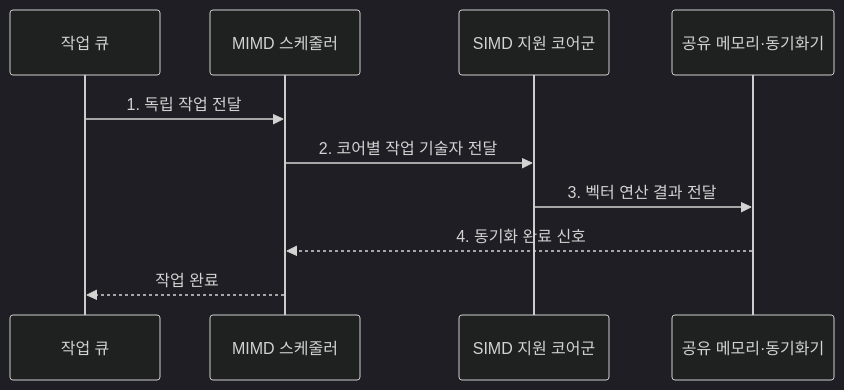
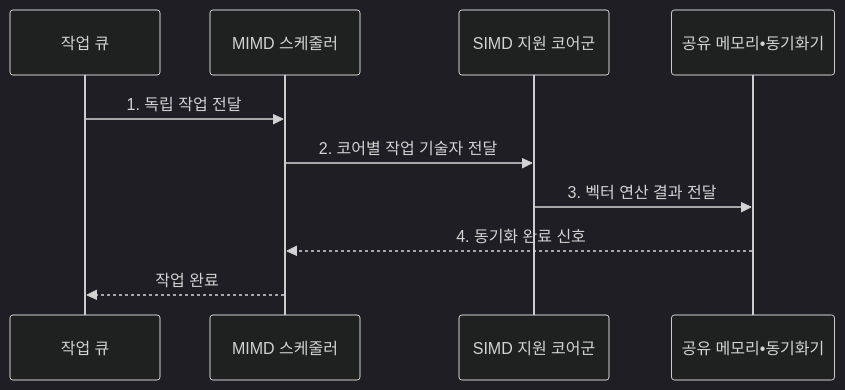
The second of 2 diagrams in src/content/docs/notes/02-hardware/053_simd_mimd.md (agnusdei1207/knowledge-base), drawn with Mermaid (dark theme) before and after one commit. The commit also changed other lines of this file and 953 other files, not shown here.

````diff
--- a/src/content/docs/notes/02-hardware/053_simd_mimd.md
+++ b/src/content/docs/notes/02-hardware/053_simd_mimd.md
@@ -102,13 +102,13 @@
 ```mermaid
 sequenceDiagram
     participant Q as 작업 큐
     participant S as MIMD 스케줄러
     participant L as SIMD 지원 코어군
-    participant B as 공유 메모리·동기화기
+    participant B as 공유 메모리•동기화기
 
     Q->>S: 1. 독립 작업 전달
     S->>L: 2. 코어별 작업 기술자 전달
     L->>B: 3. 벡터 연산 결과 전달
     B-->>S: 4. 동기화 완료 신호
     S-->>Q: 작업 완료
 ```
````
